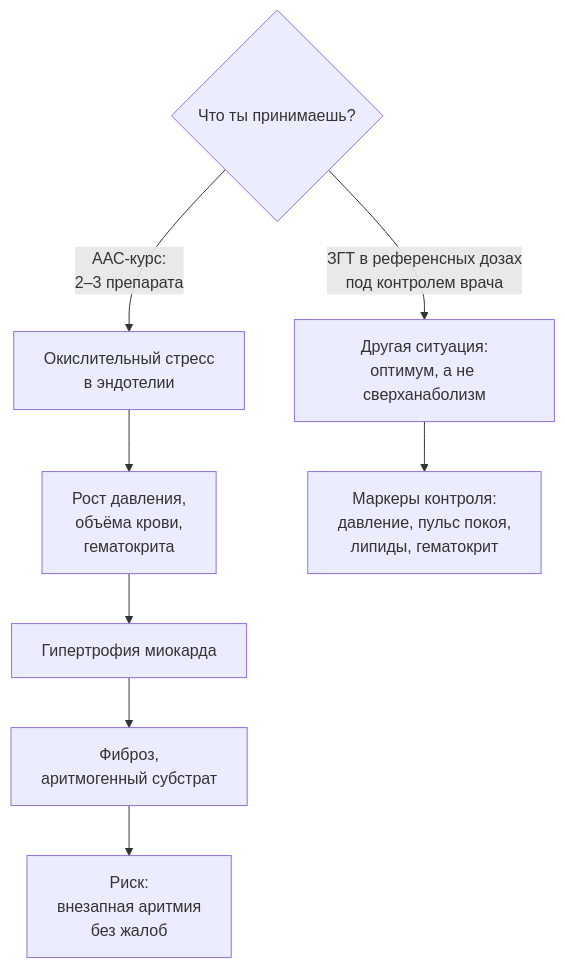
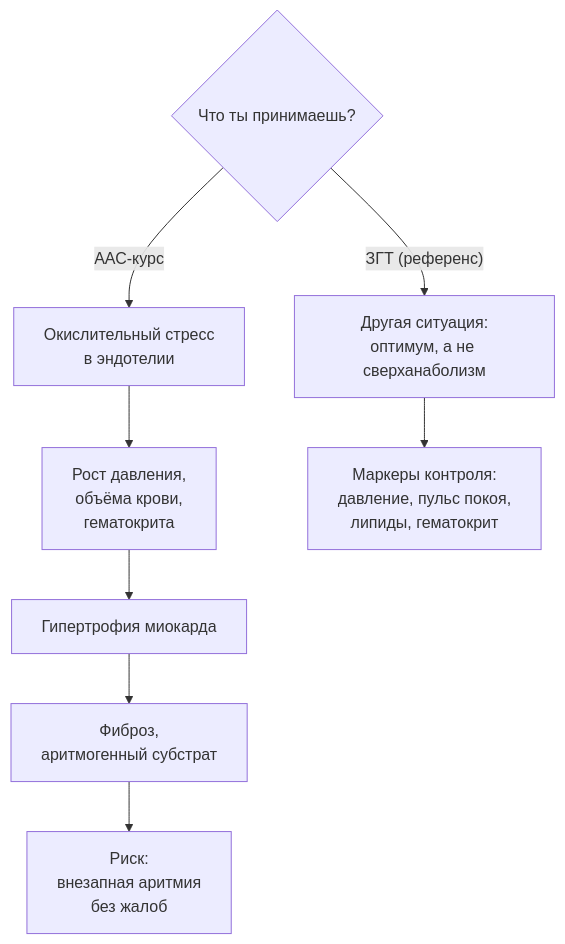
One commit to alien177122/periodization-calculator changed the second of 2 diagrams in selfstudy/content/O-farmakologiya-serdce.md. Above: the diagram before and after it, drawn with Mermaid. The commit also changed other lines of this file and 101 other files, not shown here.

````diff
--- a/selfstudy/content/O-farmakologiya-serdce.md
+++ b/selfstudy/content/O-farmakologiya-serdce.md
@@ -92,10 +92,10 @@
 ```mermaid
 flowchart TD
-    Q{"Что ты принимаешь?"} -->|"ЗГТ в референсных дозах\nпод контролем врача"| T["Другая ситуация:\nоптимум, а не сверханаболизм"]
-    Q -->|"ААС-курс:\n2–3 препарата"| M1["Окислительный стресс\nв эндотелии"]
+    Q{"Что ты принимаешь?"} -->|"ЗГТ (референс)"| T["Другая ситуация:\nоптимум, а не сверханаболизм"]
+    Q -->|"ААС-курс"| M1["Окислительный стресс\nв эндотелии"]
     M1 --> M2["Рост давления,\nобъёма крови,\nгематокрита"]
     M2 --> M3["Гипертрофия миокарда"]
     M3 --> M4["Фиброз,\nаритмогенный субстрат"]
     T --> W["Маркеры контроля:\nдавление, пульс покоя,\nлипиды, гематокрит"]
     M4 --> RISK["Риск:\nвнезапная аритмия\nбез жалоб"]
 ```
````
